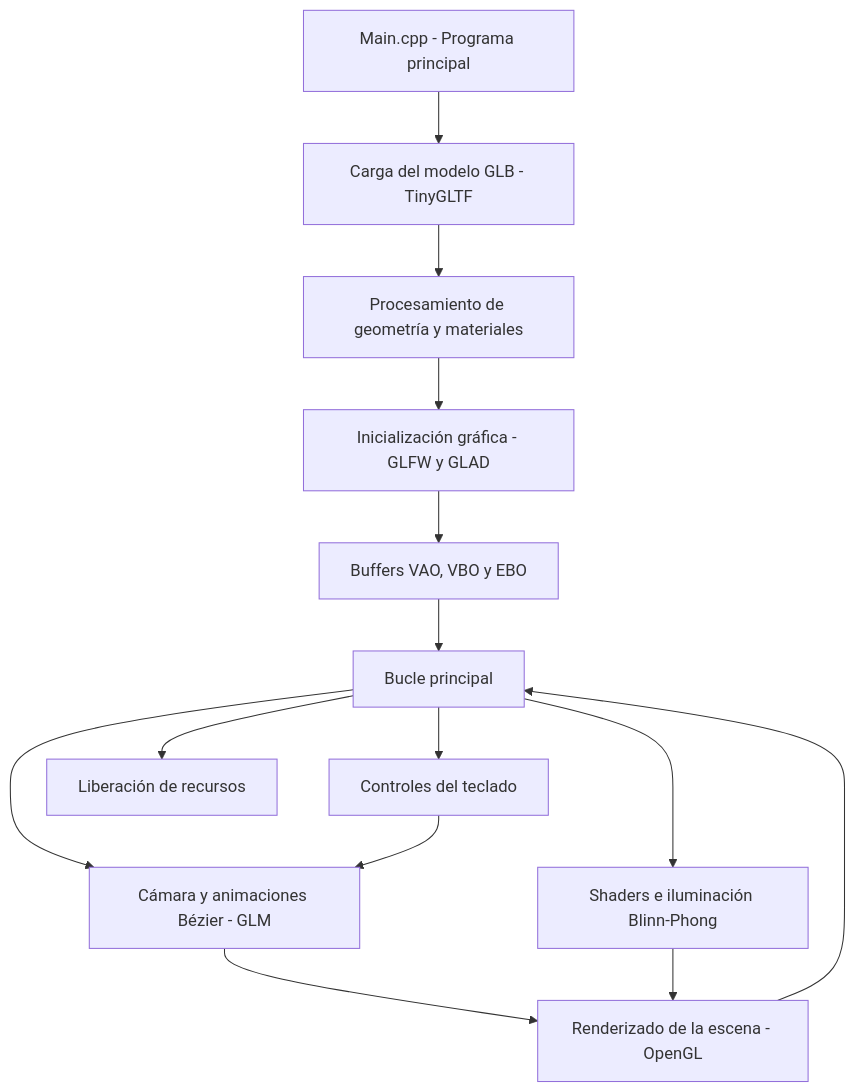
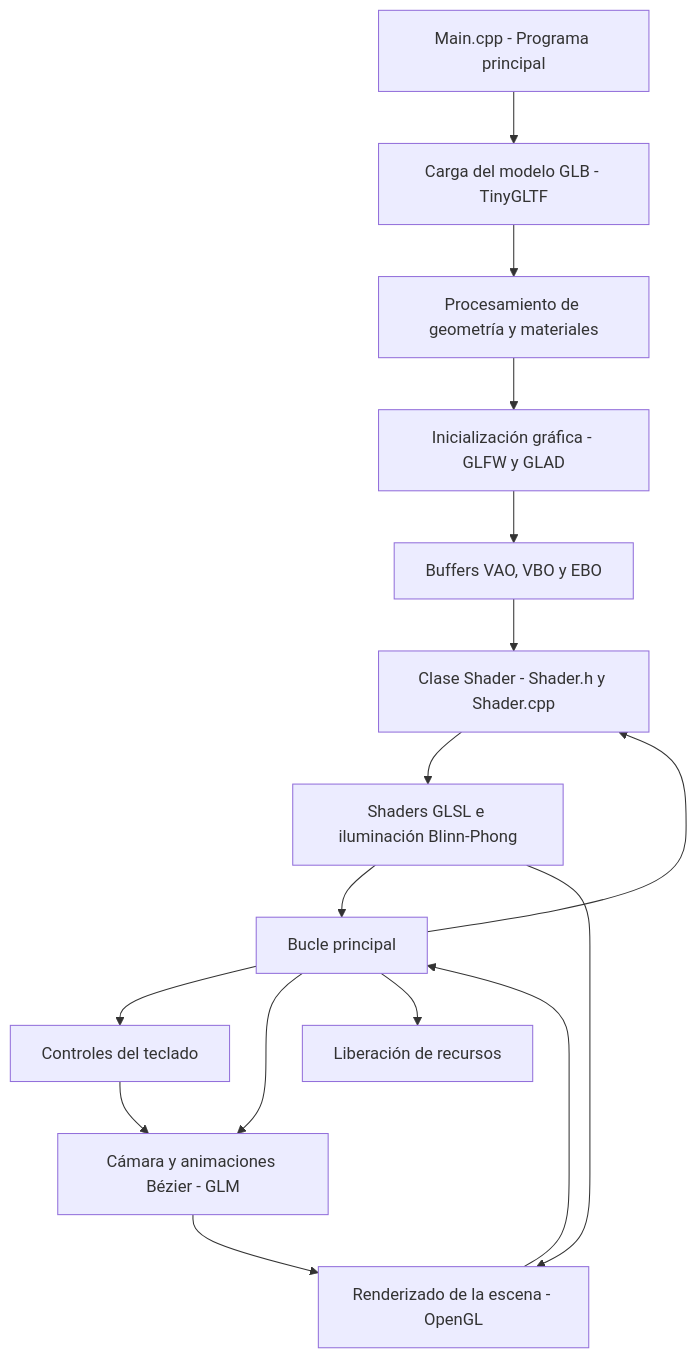
One commit to samaracastaneda/OpenGL-3D-Matilda changed the diagram in README.md. Above: the diagram before and after it, drawn with Mermaid. The commit also changed other lines of this file, not shown here.

First line of the commit message:
Revise README for shader class implementation details

````diff
--- a/README.md
+++ b/README.md
@@ -73,24 +74,31 @@
 ```mermaid
 flowchart TD
     A["Main.cpp - Programa principal"]
     B["Carga del modelo GLB - TinyGLTF"]
     C["Procesamiento de geometría y materiales"]
     D["Inicialización gráfica - GLFW y GLAD"]
     E["Buffers VAO, VBO y EBO"]
     F["Bucle principal"]
     G["Controles del teclado"]
     H["Cámara y animaciones Bézier - GLM"]
-    I["Shaders e iluminación Blinn-Phong"]
-    J["Renderizado de la escena - OpenGL"]
-    K["Liberación de recursos"]
+    I["Clase Shader - Shader.h y Shader.cpp"]
+    J["Shaders GLSL e iluminación Blinn-Phong"]
+    K["Renderizado de la escena - OpenGL"]
+    L["Liberación de recursos"]
 
-    A --> B --> C --> D --> E --> F
+    A --> B
+    B --> C
+    C --> D
+    D --> E
+    E --> I
+    I --> J
+    J --> F
     F --> G
     F --> H
     F --> I
     G --> H
-    H --> J
-    I --> J
-    J --> F
-    F --> K
+    H --> K
+    J --> K
+    K --> F
+    F --> L
 ```
````
